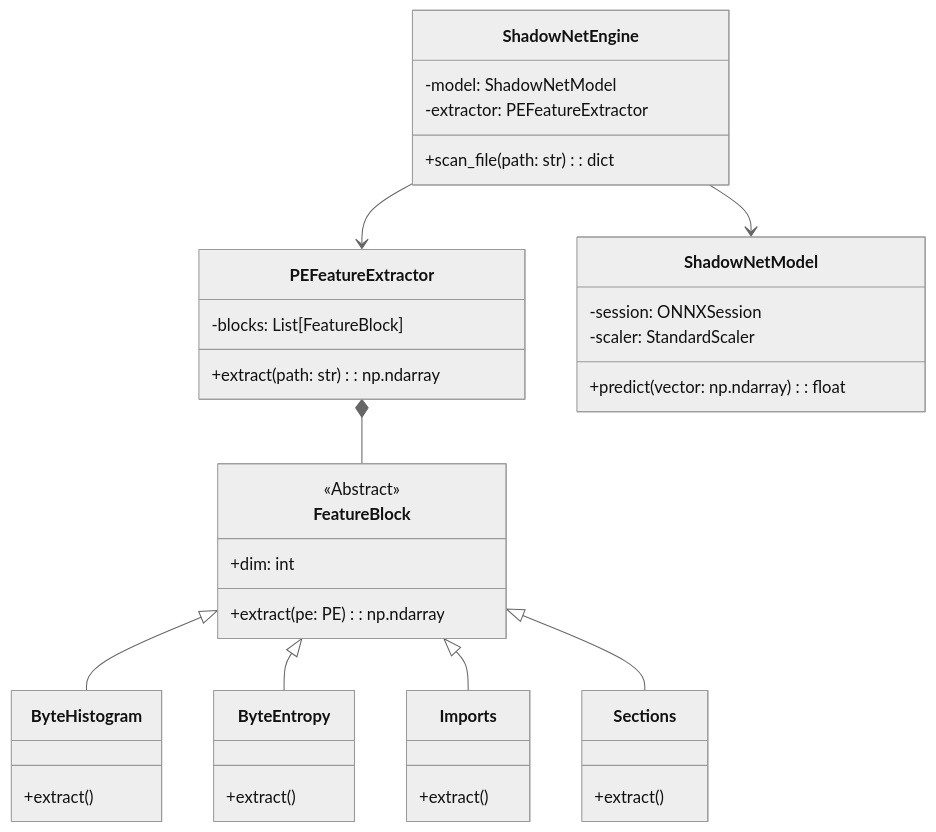
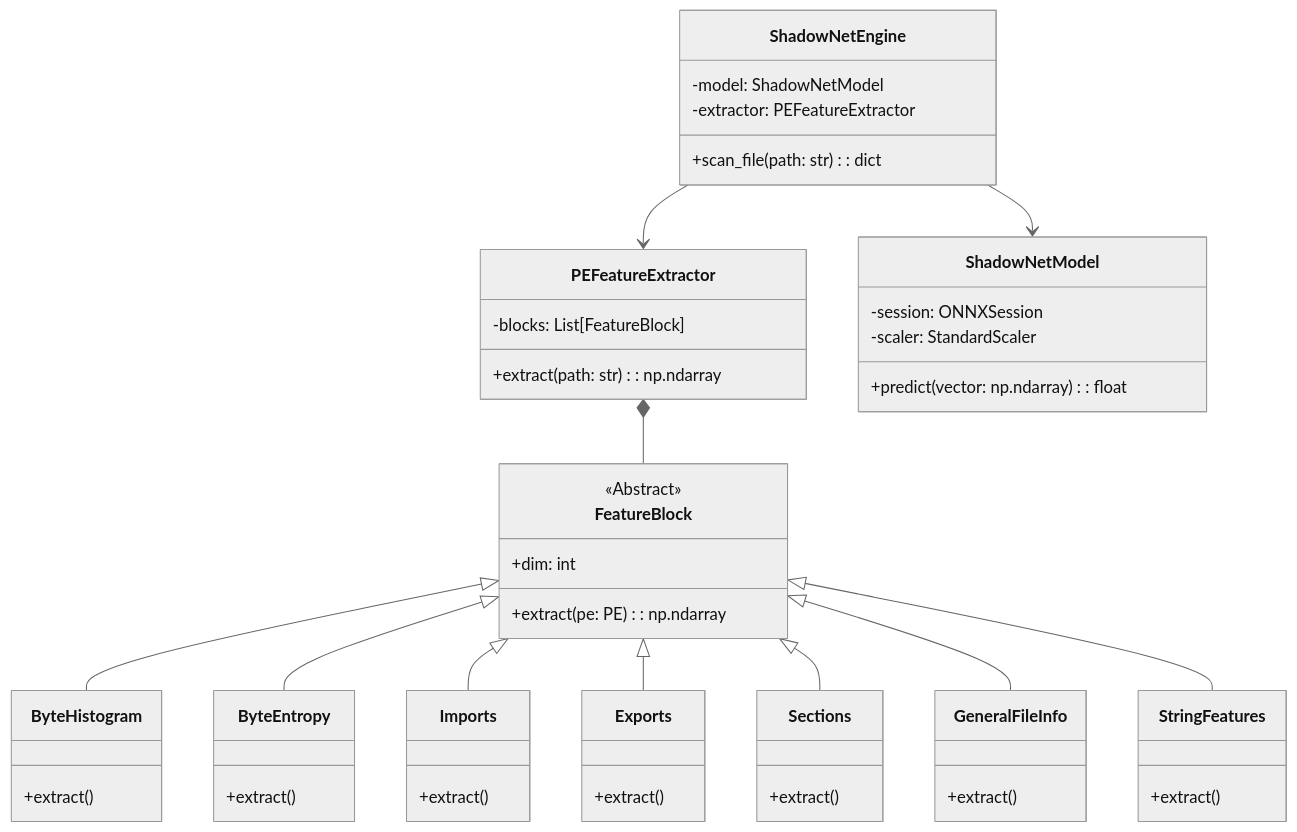
The first of 2 diagrams in readme.md (IVAINX18/Shadownet_Defender_Extractor_V1), drawn with Mermaid (neutral theme) before and after one commit. The commit also changed other lines of this file, not shown here.

````diff
--- a/readme.md
+++ b/readme.md
@@ -125,39 +162,45 @@
 ```mermaid
 classDiagram
     class PEFeatureExtractor {
         +extract(path: str): np.ndarray
         -blocks: List[FeatureBlock]
     }
 
     class FeatureBlock {
         <<Abstract>>
         +extract(pe: PE): np.ndarray
         +dim: int
     }
 
     class ByteHistogram { +extract() }
     class ByteEntropy { +extract() }
     class Imports { +extract() }
+    class Exports { +extract() }
     class Sections { +extract() }
+    class GeneralFileInfo { +extract() }
+    class StringFeatures { +extract() }
 
     class ShadowNetEngine {
         +scan_file(path: str): dict
         -model: ShadowNetModel
         -extractor: PEFeatureExtractor
     }
 
     class ShadowNetModel {
         +predict(vector: np.ndarray): float
         -session: ONNXSession
         -scaler: StandardScaler
     }
 
     PEFeatureExtractor *-- FeatureBlock
     FeatureBlock <|-- ByteHistogram
     FeatureBlock <|-- ByteEntropy
     FeatureBlock <|-- Imports
+    FeatureBlock <|-- Exports
     FeatureBlock <|-- Sections
+    FeatureBlock <|-- GeneralFileInfo
+    FeatureBlock <|-- StringFeatures
 
     ShadowNetEngine --> PEFeatureExtractor
     ShadowNetEngine --> ShadowNetModel
 ```
````
